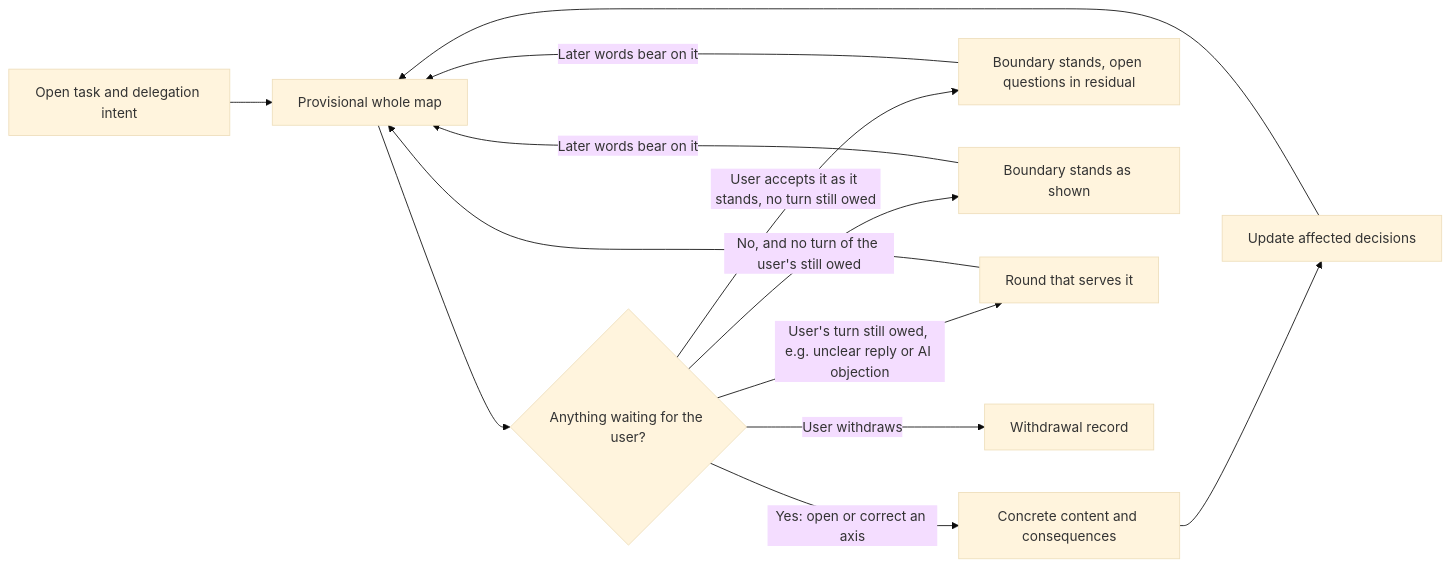
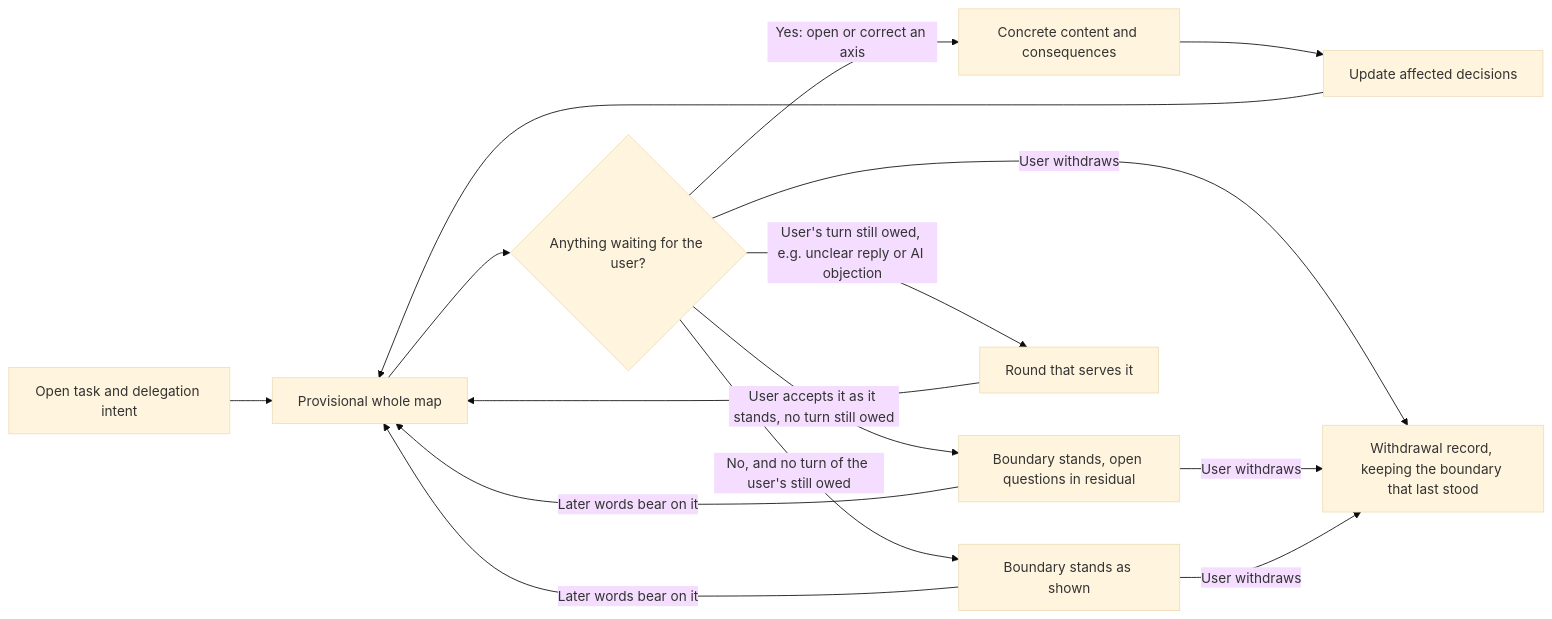
One commit to jongwony/epistemic-protocols changed the diagram in horismos/README.md. Above: the diagram before and after it, drawn with Mermaid (base theme). The commit also changed other lines of this file and 2 other files, not shown here.

First paragraph of the commit message:
fix(horismos): 리뷰 10라운드 — 서는 턴은 사람이 덮지 않은 반대 근거를 처음 보이지 않고 같은 경계가 다시 서도 다음 수를 다시 돌리지 않으며, 남은 것의 배치는 출처를 싣는다 (ROO-108)
PR #1006 `/review-loop` 10라운드(79bdaf9d 기준; codex approve, /code-review xhigh 지적 10)의 적용.

````diff
--- a/horismos/README.md
+++ b/horismos/README.md
@@ -9,15 +9,17 @@
 ```mermaid
 flowchart LR
     A[Open task and delegation intent] --> B[Provisional whole map]
     B --> C{Anything waiting for the user?}
     C -->|Yes: open or correct an axis| D[Concrete content and consequences]
     D --> E[Update affected decisions]
     E --> B
     C -->|User accepts it as it stands, no turn still owed| F[Boundary stands, open questions in residual]
     C -->|No, and no turn of the user's still owed| G[Boundary stands as shown]
     C -->|User's turn still owed, e.g. unclear reply or AI objection| H[Round that serves it]
     H --> B
-    C -->|User withdraws| W[Withdrawal record]
+    C -->|User withdraws| W[Withdrawal record, keeping the boundary that last stood]
     F -->|Later words bear on it| B
     G -->|Later words bear on it| B
+    F -->|User withdraws| W
+    G -->|User withdraws| W
 ```
````
